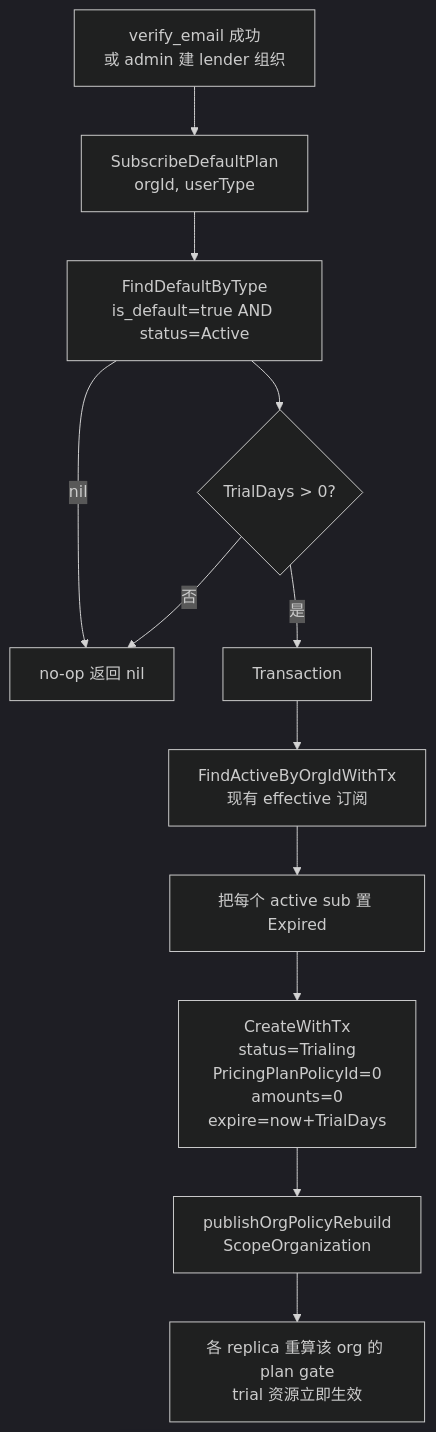
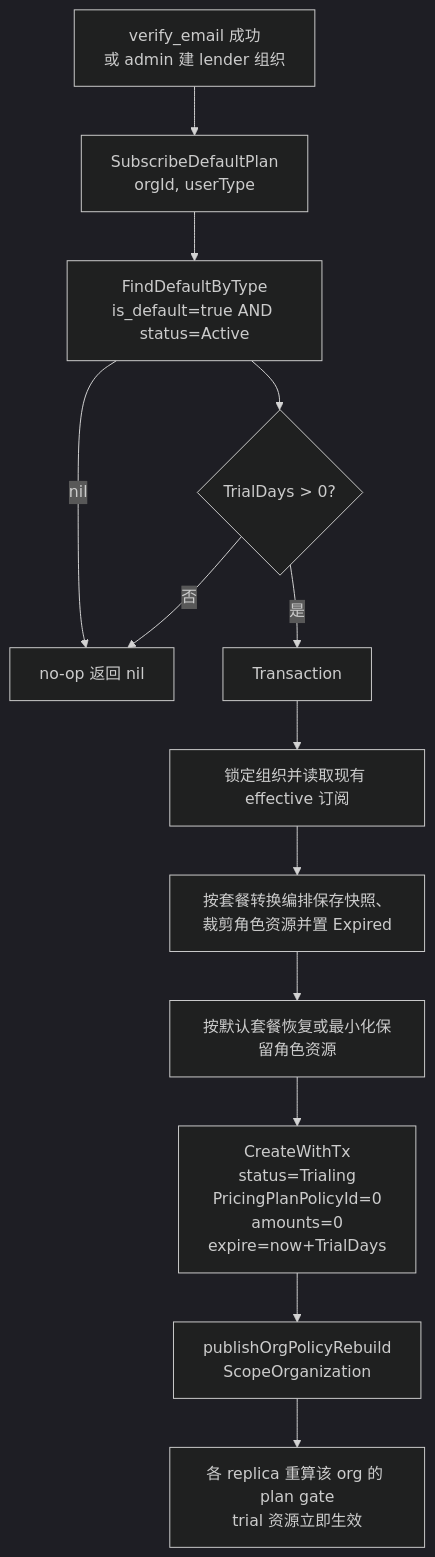
The fifth of 8 diagrams in backend/docs/designs/20260609_pricing_plan/tech_doc.md (Zeitro/Zeebee-Dev), drawn with Mermaid (dark theme) before and after one commit. The commit also changed other lines of this file and 23 other files, not shown here.

````diff
--- a/backend/docs/designs/20260609_pricing_plan/tech_doc.md
+++ b/backend/docs/designs/20260609_pricing_plan/tech_doc.md
@@ -511,14 +511,15 @@
 ```mermaid
 flowchart TD
     VE["verify_email 成功<br/>或 admin 建 lender 组织"] --> SDP[SubscribeDefaultPlan<br/>orgId, userType]
     SDP --> FD[FindDefaultByType<br/>is_default=true AND status=Active]
     FD -->|nil| SKIP[no-op 返回 nil]
     FD --> CK{TrialDays > 0?}
     CK -->|否| SKIP
     CK -->|是| TX[Transaction]
-    TX --> OA[FindActiveByOrgIdWithTx<br/>现有 effective 订阅]
-    OA --> EX[把每个 active sub 置 Expired]
-    EX --> CR[CreateWithTx<br/>status=Trialing<br/>PricingPlanPolicyId=0<br/>amounts=0<br/>expire=now+TrialDays]
+    TX --> OA[锁定组织并读取现有 effective 订阅]
+    OA --> EX[按套餐转换编排保存快照、裁剪角色资源并置 Expired]
+    EX --> RE[按默认套餐恢复或最小化保留角色资源]
+    RE --> CR[CreateWithTx<br/>status=Trialing<br/>PricingPlanPolicyId=0<br/>amounts=0<br/>expire=now+TrialDays]
     CR --> PUB[publishOrgPolicyRebuild<br/>ScopeOrganization]
     PUB --> GATE[各 replica 重算该 org 的 plan gate<br/>trial 资源立即生效]
 ```
````
